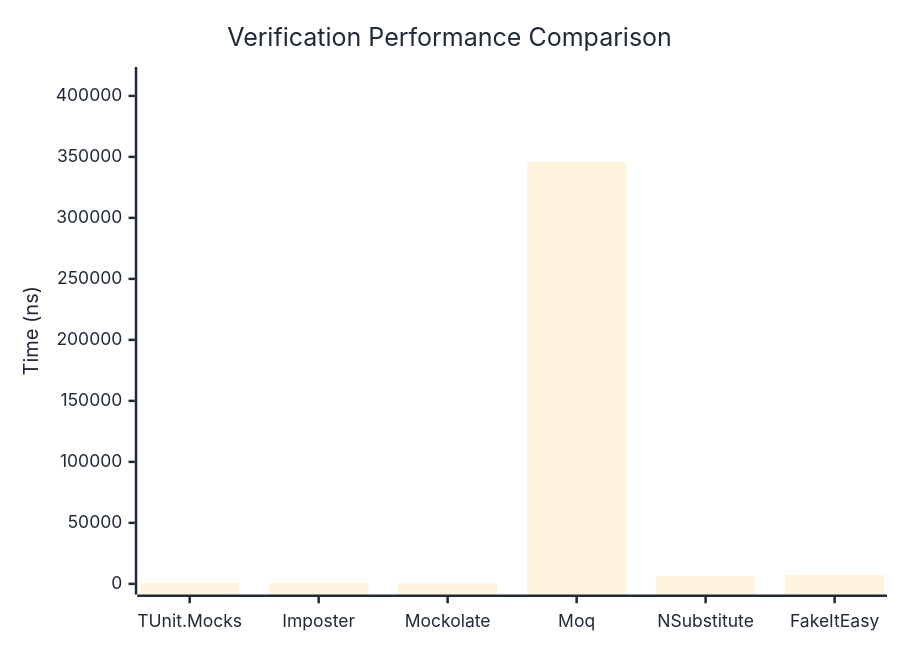
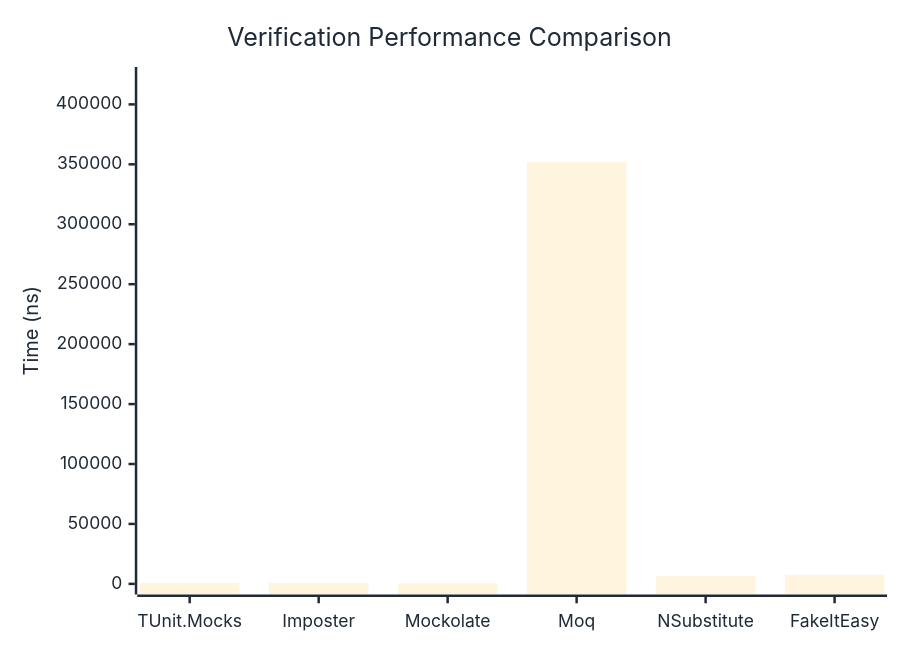
The first of 3 diagrams in docs/docs/benchmarks/mocks/Verification.md (thomhurst/TUnit), drawn with Mermaid before and after one commit. The commit also changed other lines of this file and 14 other files, not shown here.

````diff
--- a/docs/docs/benchmarks/mocks/Verification.md
+++ b/docs/docs/benchmarks/mocks/Verification.md
@@ -30,27 +30,27 @@
 ```mermaid
 %%{init: {
   'theme':'base',
   'themeVariables': {
     'primaryColor': '#2563eb',
     'primaryTextColor': '#1f2937',
     'primaryBorderColor': '#1e40af',
     'lineColor': '#6b7280',
     'secondaryColor': '#7c3aed',
     'tertiaryColor': '#dc2626',
     'background': '#ffffff',
     'pie1': '#2563eb',
     'pie2': '#7c3aed',
     'pie3': '#dc2626',
     'pie4': '#f59e0b',
     'pie5': '#10b981',
     'pie6': '#06b6d4',
     'pie7': '#ec4899',
     'pie8': '#6366f1'
   }
 }}%%
 xychart-beta
   title "Verification Performance Comparison"
   x-axis ["TUnit.Mocks", "Imposter", "Mockolate", "Moq", "NSubstitute", "FakeItEasy"]
-  y-axis "Time (ns)" 0 --> 414968
-  bar [717.33, 694.34, 424.33, 345805.86, 6298.41, 7396.73]
+  y-axis "Time (ns)" 0 --> 422315
+  bar [775.39, 703, 427.02, 351928.62, 6500.53, 7546.04]
 ```
````
